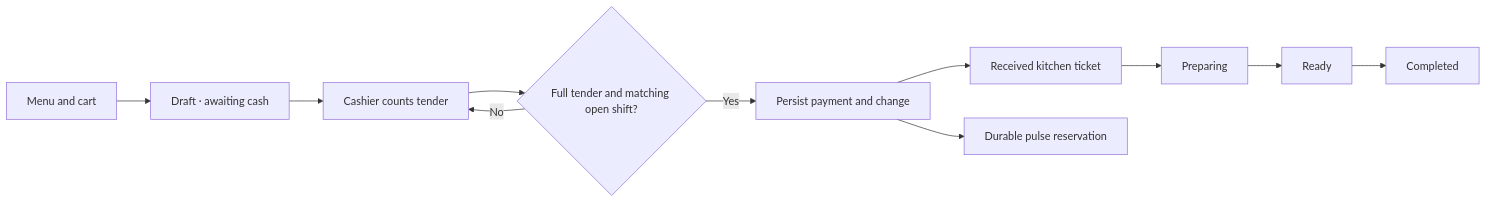
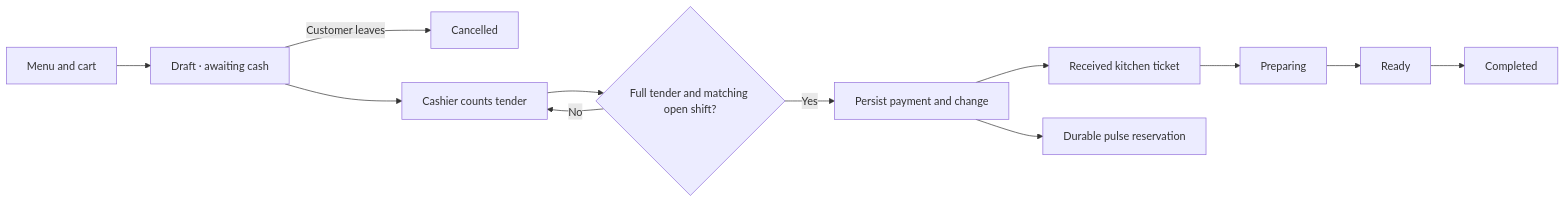
The first of 2 diagrams in DATA_MODEL.md (PWM-Dev/Restaurant001), drawn with Mermaid before and after one commit. The commit also changed other lines of this file and 4 other files, not shown here.

````diff
--- a/DATA_MODEL.md
+++ b/DATA_MODEL.md
@@ -15,13 +15,14 @@
 ```mermaid
 flowchart LR
   A[Menu and cart] --> B[Draft · awaiting cash]
+  B -->|Customer leaves| K[Cancelled]
   B --> C[Cashier counts tender]
   C --> D{Full tender and matching open shift?}
   D -->|No| C
   D -->|Yes| E[Persist payment and change]
   E --> F[Received kitchen ticket]
   E --> G[Durable pulse reservation]
   F --> H[Preparing]
   H --> I[Ready]
   I --> J[Completed]
 ```
````
